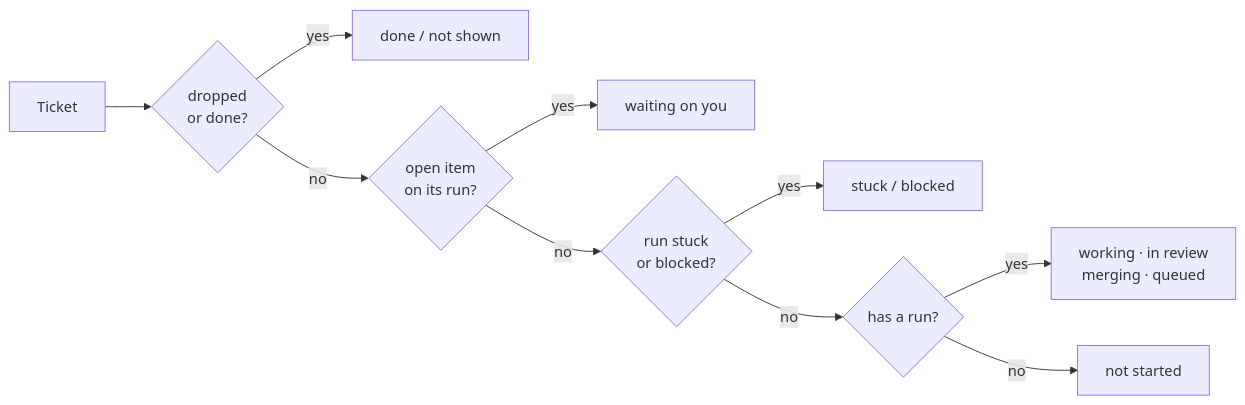
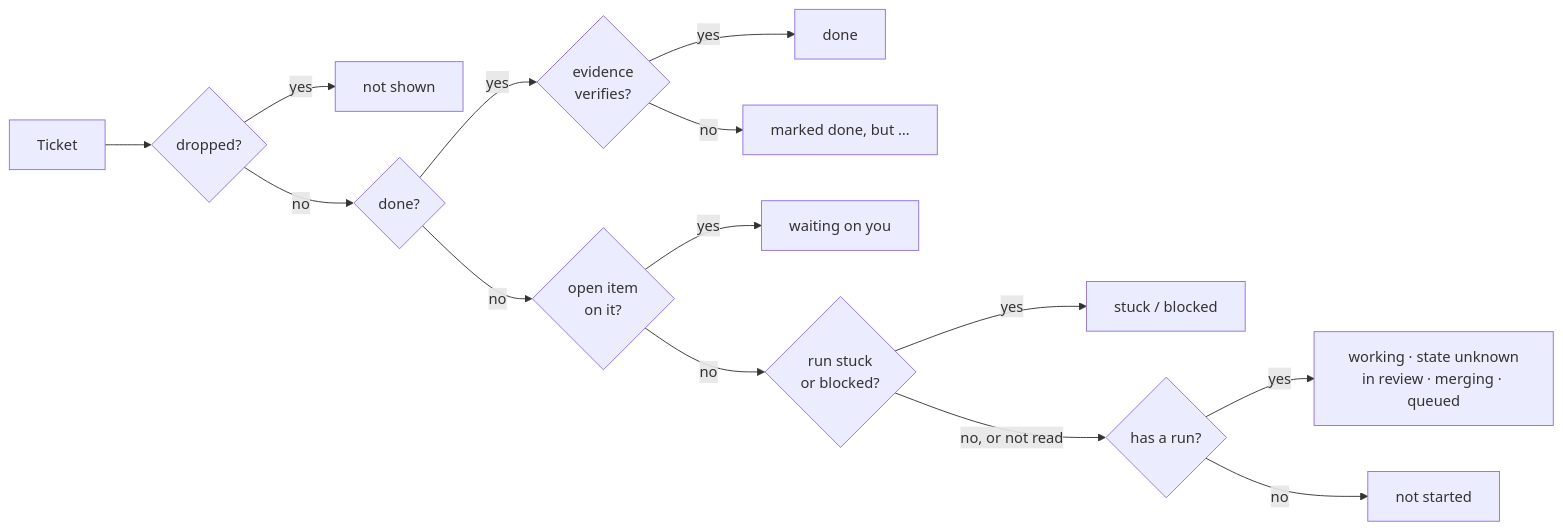
Before and after one commit to Synapsium-Labs/ccrc-pwa: the second of 3 diagrams in docs/superpowers/specs/2026-11-16-programme-work-map-design.md, drawn with Mermaid. The commit also changed other lines of this file and 6 other files, not shown here.

````diff
--- a/docs/superpowers/specs/2026-11-16-programme-work-map-design.md
+++ b/docs/superpowers/specs/2026-11-16-programme-work-map-design.md
@@ -202,12 +237,16 @@
 ```mermaid
 flowchart LR
-  T["Ticket"] --> D{"dropped<br/>or done?"}
-  D -- "yes" --> F["done / not shown"]
-  D -- "no" --> I{"open item<br/>on its run?"}
+  T["Ticket"] --> D{"dropped?"}
+  D -- "yes" --> X["not shown"]
+  D -- "no" --> F{"done?"}
+  F -- "yes" --> V{"evidence<br/>verifies?"}
+  V -- "yes" --> OK["done"]
+  V -- "no" --> MU["marked done, but …"]
+  F -- "no" --> I{"open item<br/>on it?"}
   I -- "yes" --> W["waiting on you"]
   I -- "no" --> S{"run stuck<br/>or blocked?"}
   S -- "yes" --> B["stuck / blocked"]
-  S -- "no" --> R{"has a run?"}
-  R -- "yes" --> P["working · in review<br/>merging · queued"]
+  S -- "no, or not read" --> R{"has a run?"}
+  R -- "yes" --> P["working · state unknown<br/>in review · merging · queued"]
   R -- "no" --> N["not started"]
 ```
````
